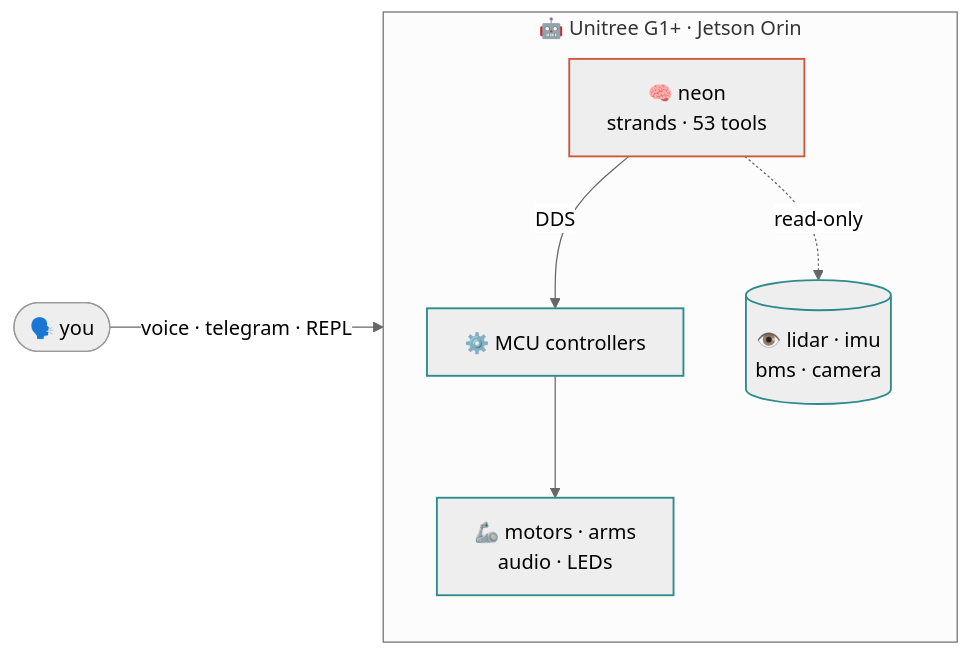
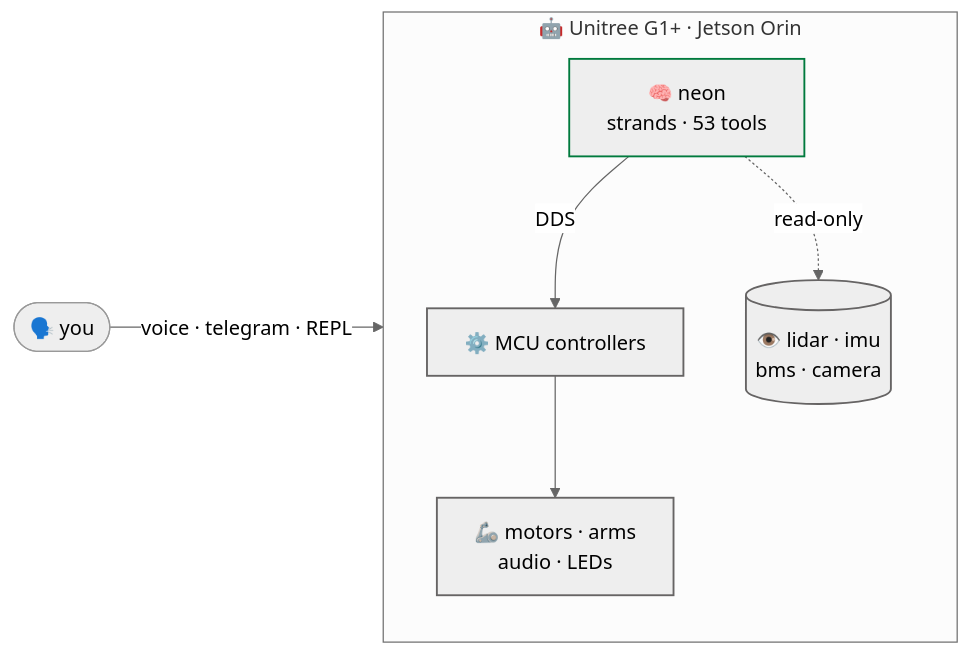
The diagram in docs/index.md (cagataycali/neon-the-g1), drawn with Mermaid (neutral theme) before and after one commit. The commit also changed 10 other files, not shown here.

Commit message:
mermaid: Material renders the fences itself; --md-mermaid-* tokens put diagrams in ink on the page surface, classDef strokes in the palette (green / grey / amber), neon's own mermaid@10 renderer and both init scripts removed

````diff
--- a/docs/index.md
+++ b/docs/index.md
@@ -67,19 +67,19 @@
 ```mermaid
 flowchart LR
   U(["🗣️ you"]) -->|"voice · telegram · REPL"| A
 
   subgraph G1["🤖 Unitree G1+ · Jetson Orin"]
     direction TB
     A["🧠 neon<br/>strands · 53 tools"]
     C["⚙️ MCU controllers"]
     M["🦾 motors · arms<br/>audio · LEDs"]
     S[("👁️ lidar · imu<br/>bms · camera")]
     A -->|"DDS"| C --> M
     A -.->|"read-only"| S
   end
 
-  classDef brain stroke:#cc5a3a,stroke-width:1.5px
-  classDef io stroke:#2e8b8b,stroke-width:1.5px
+  classDef brain stroke:#007a3d,stroke-width:1.5px
+  classDef io stroke:#666464,stroke-width:1.5px
   class A brain
   class C,M,S io
 ```
````
